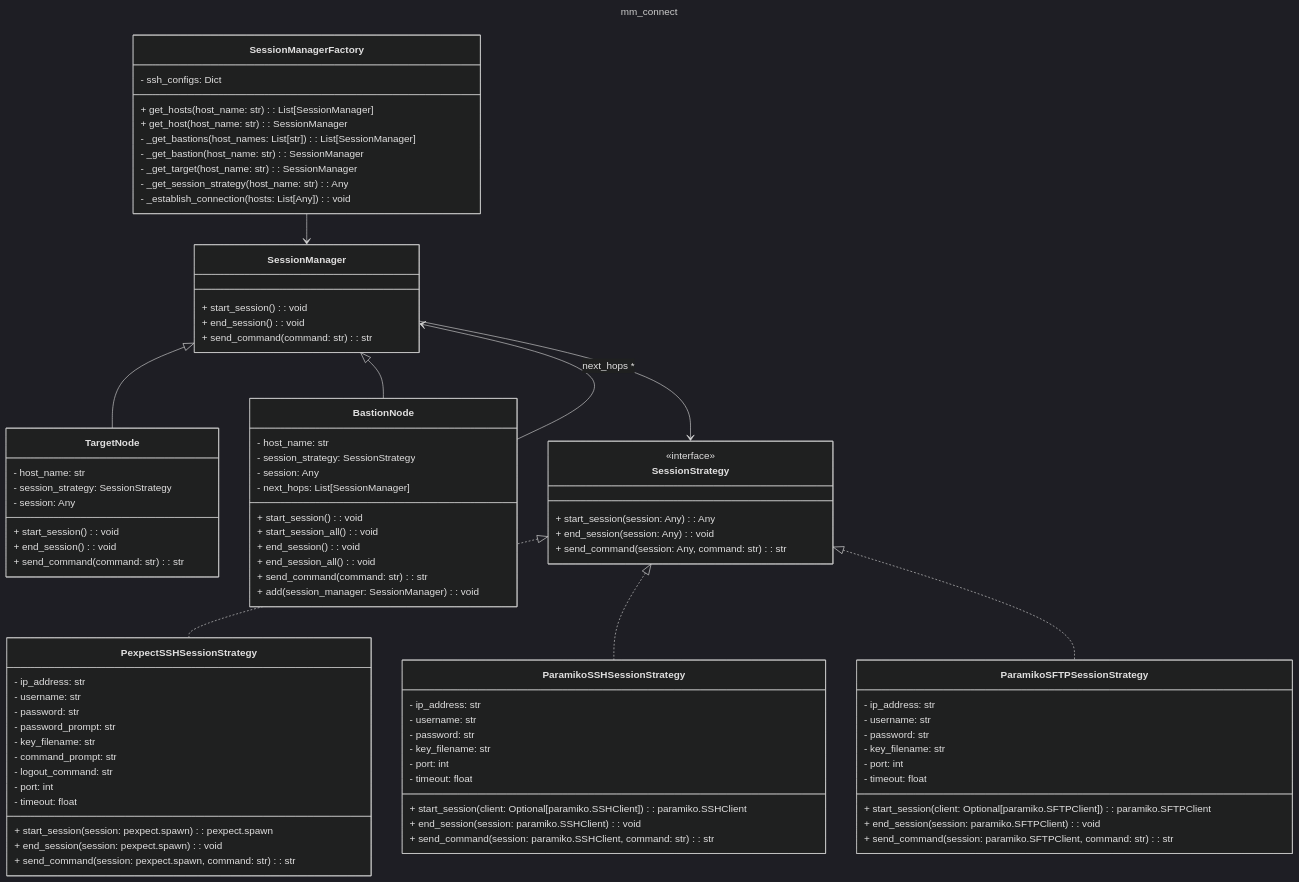
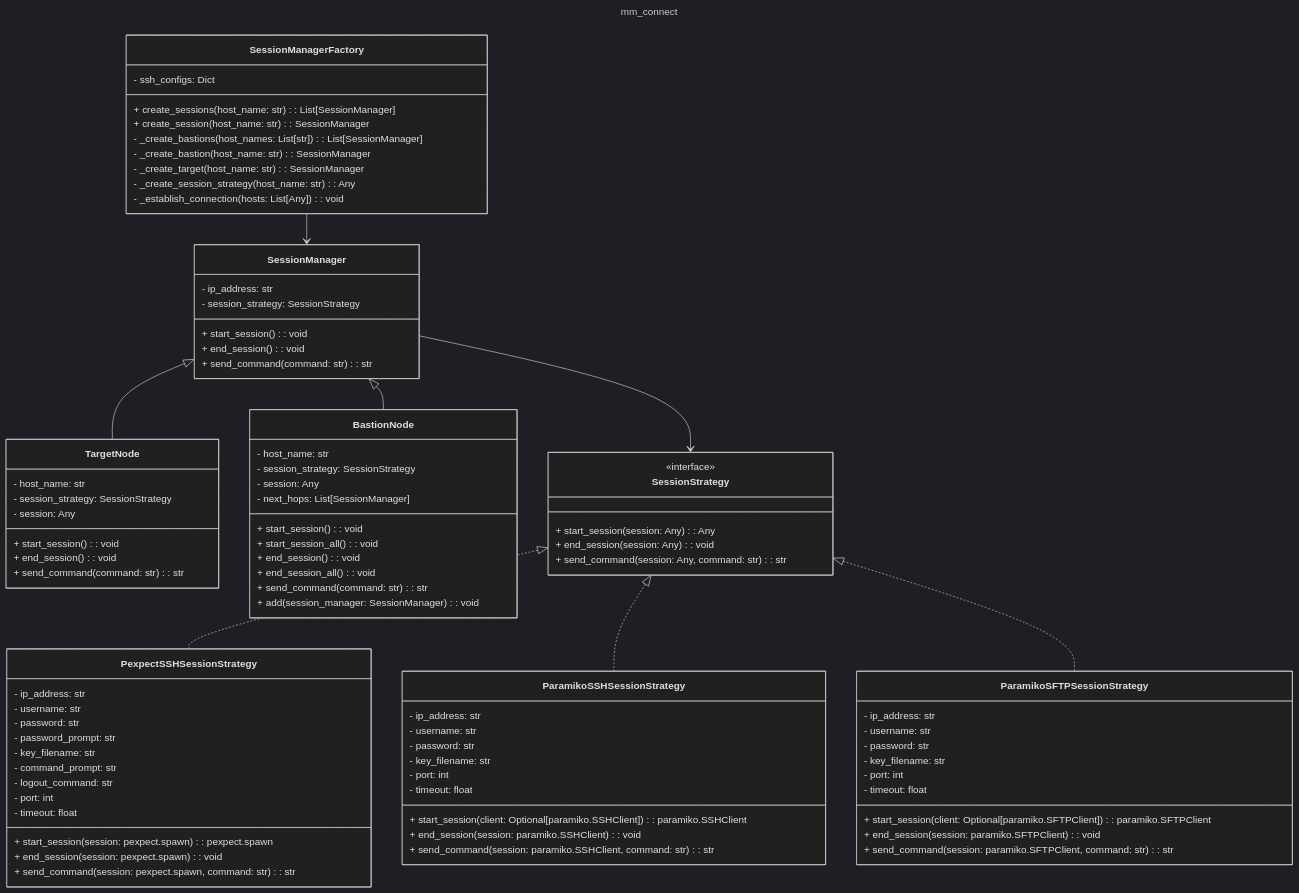
The diagram in sshsendln/classDiagram.md (miyanew/learning), drawn with Mermaid (dark theme) before and after one commit. The commit also changed 4 other files, not shown here.

```diff
--- a/sshsendln/classDiagram.md
+++ b/sshsendln/classDiagram.md
@@ -5,16 +5,18 @@
 classDiagram
     class SessionManagerFactory {
         - ssh_configs: Dict
-        + get_hosts(host_name: str): List[SessionManager]
-        + get_host(host_name: str): SessionManager
-        - _get_bastions(host_names: List[str]): List[SessionManager]
-        - _get_bastion(host_name: str): SessionManager
-        - _get_target(host_name: str): SessionManager
-        - _get_session_strategy(host_name: str): Any
+        + create_sessions(host_name: str): List[SessionManager]
+        + create_session(host_name: str): SessionManager
+        - _create_bastions(host_names: List[str]): List[SessionManager]
+        - _create_bastion(host_name: str): SessionManager
+        - _create_target(host_name: str): SessionManager
+        - _create_session_strategy(host_name: str): Any
         - _establish_connection(hosts: List[Any]): void
     }
 
     class SessionManager {
+        - ip_address: str
+        - session_strategy: SessionStrategy
         + start_session(): void
         + end_session(): void
         + send_command(command: str): str
@@ -91,7 +93,6 @@
     SessionManagerFactory --> SessionManager
     SessionManager <|-- TargetNode
     SessionManager <|-- BastionNode
-    BastionNode --> SessionManager : next_hops *
     SessionManager --> SessionStrategy
     SessionStrategy <|.. PexpectSSHSessionStrategy
     SessionStrategy <|.. ParamikoSSHSessionStrategy
```
